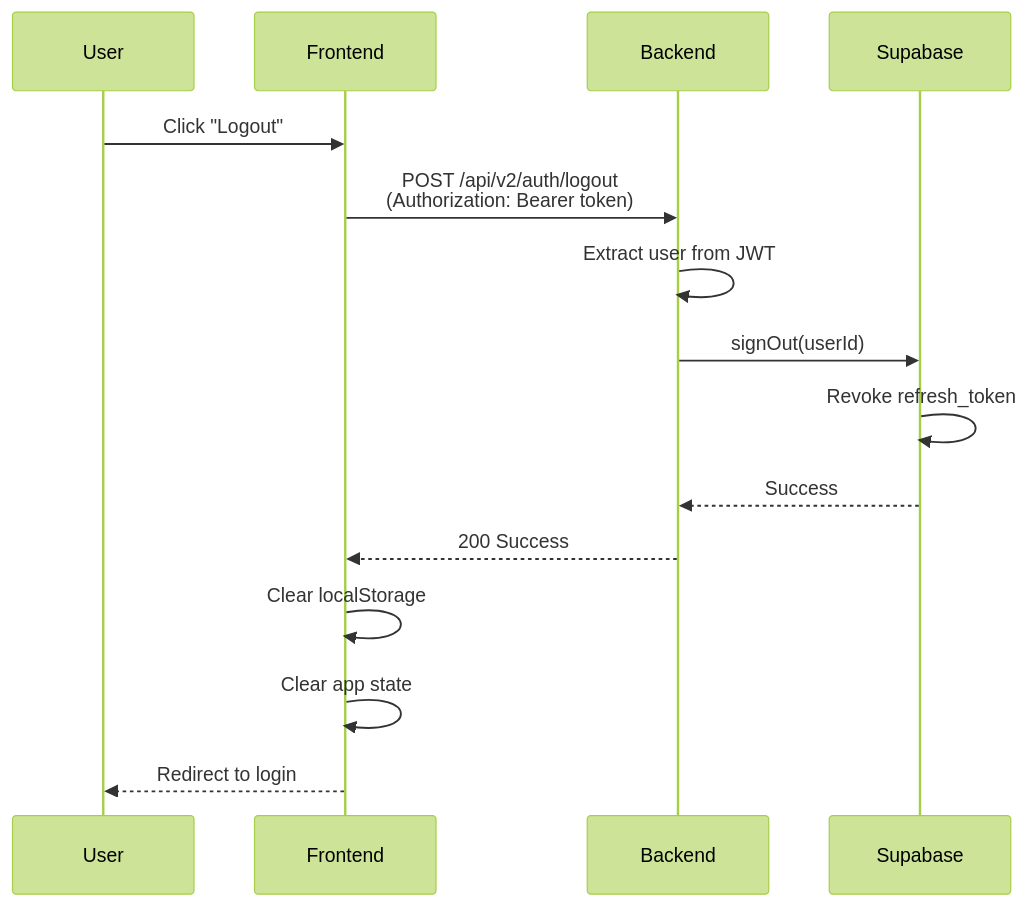
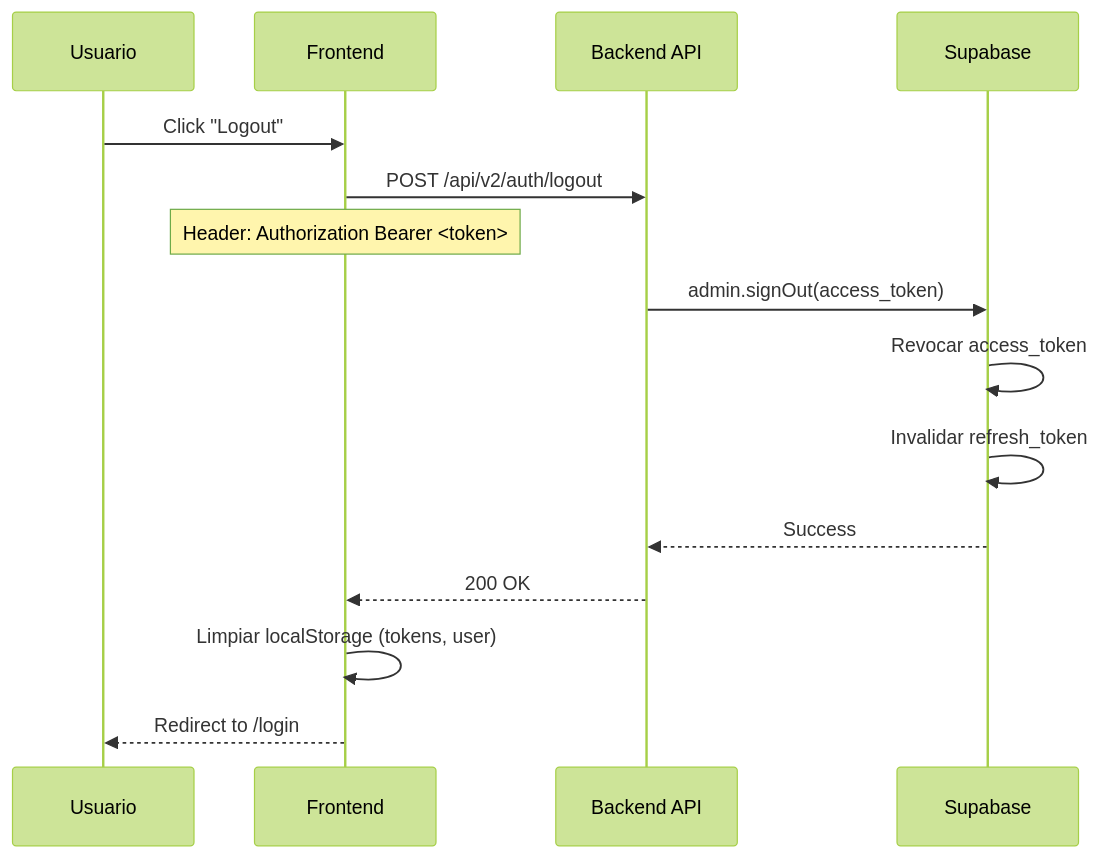
Before and after one commit to Eibon7/roastr-ai: the third of 3 diagrams in docs/nodes-v2/auth/session-management.md, drawn with Mermaid (forest theme). The commit also changed other lines of this file and 16 other files, not shown here.

First line of the commit message:
feat(ROA-403): Complete Auth Infra v2 - sessionRefresh, health endpoint, OAuth infra (#1233)

````diff
--- a/docs/nodes-v2/auth/session-management.md
+++ b/docs/nodes-v2/auth/session-management.md
@@ -340,18 +313,20 @@
 ```mermaid
 sequenceDiagram
-    participant User
-    participant Frontend
-    participant Backend
-    participant Supabase
+    participant U as Usuario
+    participant F as Frontend
+    participant API as Backend API
+    participant SB as Supabase
 
-    User->>Frontend: Click "Logout"
-    Frontend->>Backend: POST /api/v2/auth/logout<br/>(Authorization: Bearer token)
-    Backend->>Backend: Extract user from JWT
-    Backend->>Supabase: signOut(userId)
-    Supabase->>Supabase: Revoke refresh_token
-    Supabase-->>Backend: Success
-    Backend-->>Frontend: 200 Success
-    Frontend->>Frontend: Clear localStorage
-    Frontend->>Frontend: Clear app state
-    Frontend-->>User: Redirect to login
+    U->>F: Click "Logout"
+    F->>API: POST /api/v2/auth/logout
+    Note over F: Header: Authorization Bearer <token>
+    
+    API->>SB: admin.signOut(access_token)
+    SB->>SB: Revocar access_token
+    SB->>SB: Invalidar refresh_token
+    SB-->>API: Success
+    
+    API-->>F: 200 OK
+    F->>F: Limpiar localStorage (tokens, user)
+    F-->>U: Redirect to /login
 ```
````
